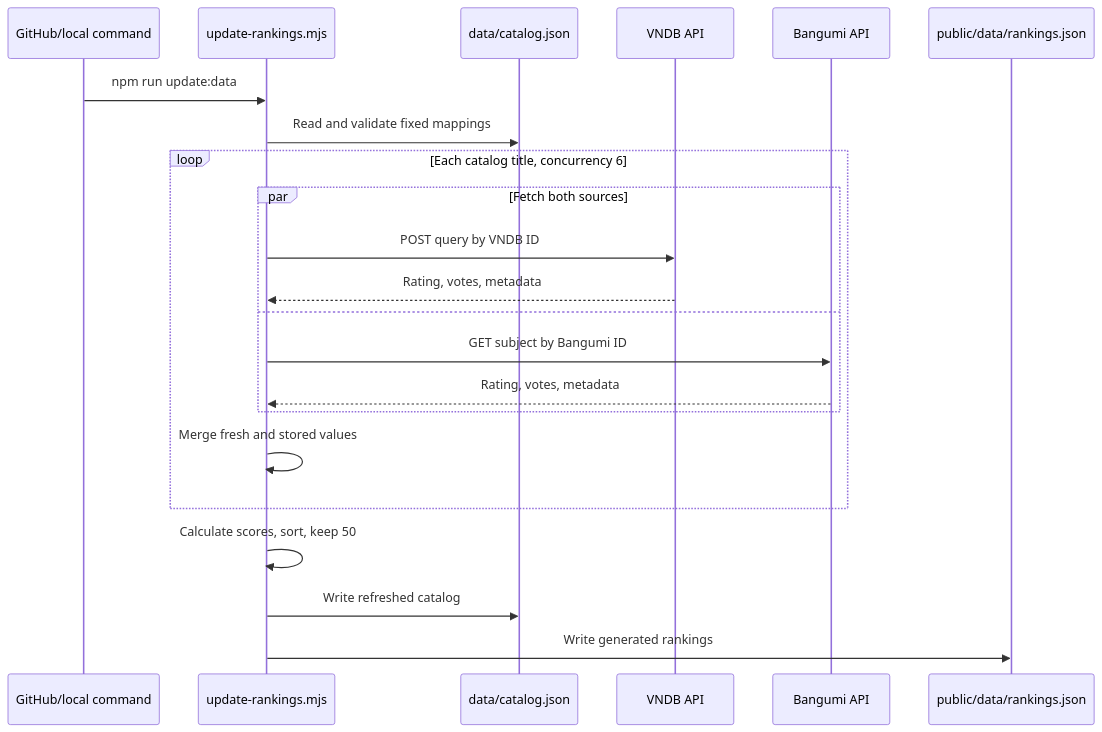
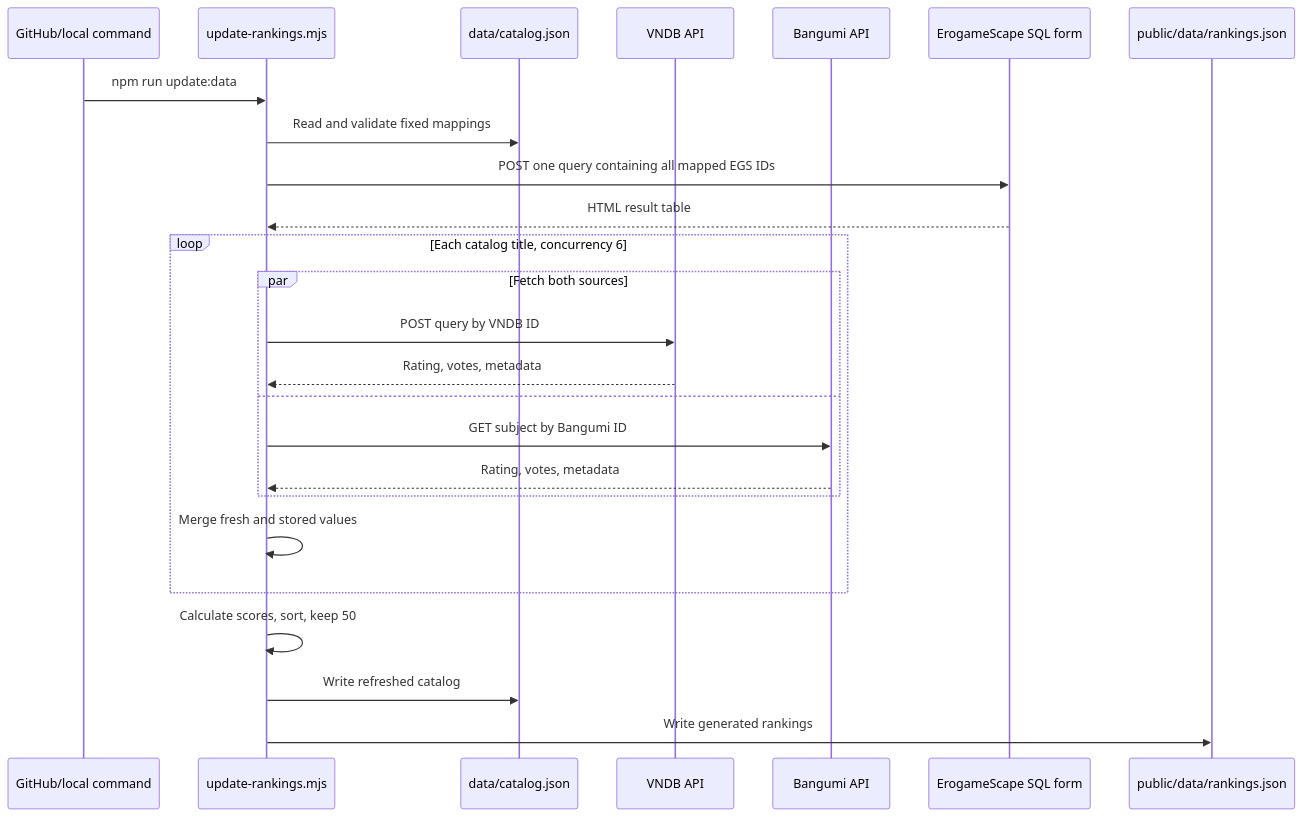
Before and after one commit to xjp66666/vn-rank: the second of 3 diagrams in docs/BEGINNER_GUIDE.md, drawn with Mermaid. The commit also changed other lines of this file and 13 other files, not shown here.

````diff
--- a/docs/BEGINNER_GUIDE.md
+++ b/docs/BEGINNER_GUIDE.md
@@ -390,25 +415,28 @@
 ```mermaid
 sequenceDiagram
     participant Trigger as GitHub/local command
     participant Script as update-rankings.mjs
     participant Catalog as data/catalog.json
     participant VNDB as VNDB API
     participant BGM as Bangumi API
+    participant EGS as ErogameScape SQL form
     participant Output as public/data/rankings.json
 
     Trigger->>Script: npm run update:data
     Script->>Catalog: Read and validate fixed mappings
+    Script->>EGS: POST one query containing all mapped EGS IDs
+    EGS-->>Script: HTML result table
     loop Each catalog title, concurrency 6
         par Fetch both sources
             Script->>VNDB: POST query by VNDB ID
             VNDB-->>Script: Rating, votes, metadata
         and
             Script->>BGM: GET subject by Bangumi ID
             BGM-->>Script: Rating, votes, metadata
         end
         Script->>Script: Merge fresh and stored values
     end
     Script->>Script: Calculate scores, sort, keep 50
     Script->>Catalog: Write refreshed catalog
     Script->>Output: Write generated rankings
 ```
````
